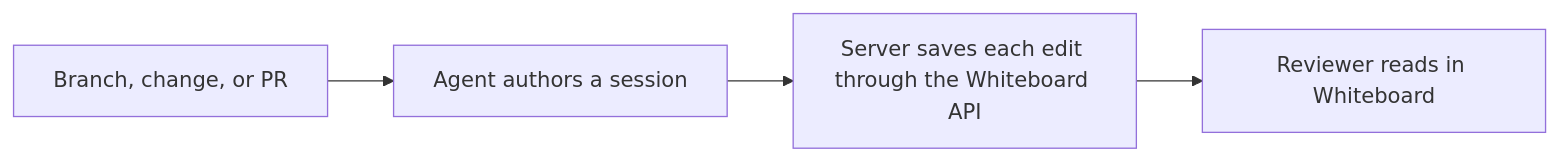
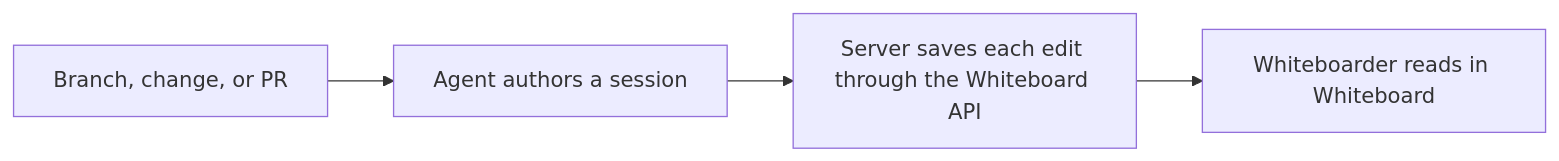
The diagram in docs/how-review-works.md (devdotfast/review), drawn with Mermaid before and after one commit. The commit also changed other lines of this file and 7812 other files, not shown here.

````diff
--- a/docs/how-review-works.md
+++ b/docs/how-review-works.md
@@ -11,6 +11,6 @@
 ```mermaid
 flowchart LR
   A[Branch, change, or PR] --> B[Agent authors a session]
   B --> C[Server saves each edit through the Whiteboard API]
-  C --> D[Reviewer reads in Whiteboard]
+  C --> D[Whiteboarder reads in Whiteboard]
 ```
````
